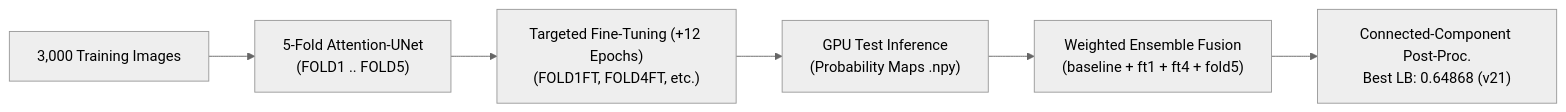
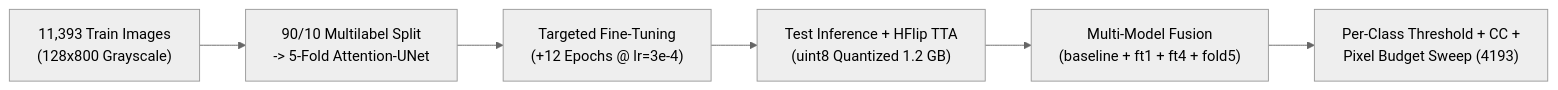
One commit to 23f3002964/kaggle-industrial-surface-defect-detection changed the diagram in README.md. Above: the diagram before and after it, drawn with Mermaid (neutral theme). The commit also changed other lines of this file, not shown here.

````diff
--- a/README.md
+++ b/README.md
@@ -39,8 +48,8 @@
 ```mermaid
 flowchart LR
-    A["3,000 Training Images"] --> B["5-Fold Attention-UNet<br/>(FOLD1 .. FOLD5)"]
-    B --> C["Targeted Fine-Tuning (+12 Epochs)<br/>(FOLD1FT, FOLD4FT, etc.)"]
-    C --> D["GPU Test Inference<br/>(Probability Maps .npy)"]
-    D --> E["Weighted Ensemble Fusion<br/>(baseline + ft1 + ft4 + fold5)"]
-    E --> F["Connected-Component Post-Proc.<br/>Best LB: 0.64868 (v21)"]
+    A["11,393 Train Images<br/>(128x800 Grayscale)"] --> B["90/10 Multilabel Split<br/>-> 5-Fold Attention-UNet"]
+    B --> C["Targeted Fine-Tuning<br/>(+12 Epochs @ lr=3e-4)"]
+    C --> D["Test Inference + HFlip TTA<br/>(uint8 Quantized 1.2 GB)"]
+    D --> E["Multi-Model Fusion<br/>(baseline + ft1 + ft4 + fold5)"]
+    E --> F["Per-Class Threshold + CC +<br/>Pixel Budget Sweep (4193)"]
 ```
````
